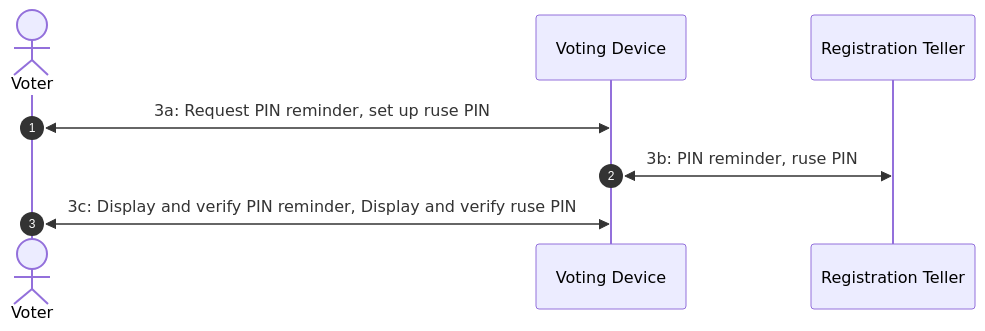
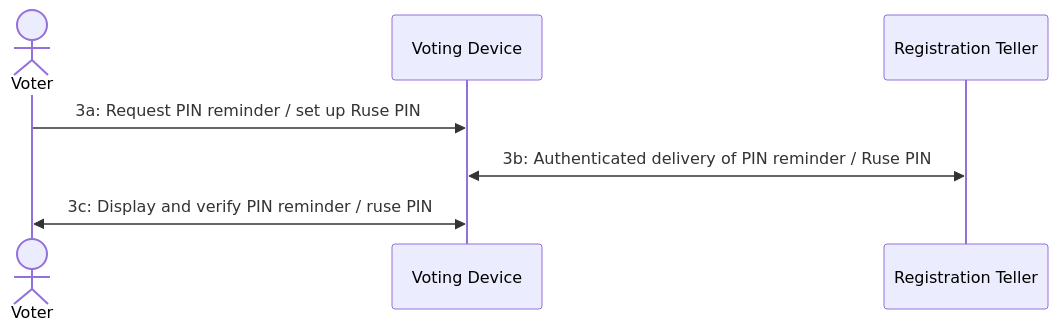
One commit to AlessandroPerez/evoting-rs changed the third of 5 diagrams in README.md. Above: the diagram before and after it, drawn with Mermaid. The commit also changed other lines of this file, not shown here.

````diff
--- a/README.md
+++ b/README.md
@@ -68,10 +68,10 @@
 ```mermaid
 sequenceDiagram
-    autonumber
+    %%autonumber
     actor V as Voter
     participant VD as Voting Device
     participant RT as Registration Teller
-    V<<->>VD: 3a: Request PIN reminder, set up ruse PIN
-    VD<<->>RT: 3b: PIN reminder, ruse PIN
-    V<<->>VD: 3c: Display and verify PIN reminder, Display and verify ruse PIN
+    V->>VD: 3a: Request PIN reminder / set up Ruse PIN
+    VD<<->>RT: 3b: Authenticated delivery of PIN reminder / Ruse PIN
+    V<<->>VD: 3c: Display and verify PIN reminder / ruse PIN
 ```
````
